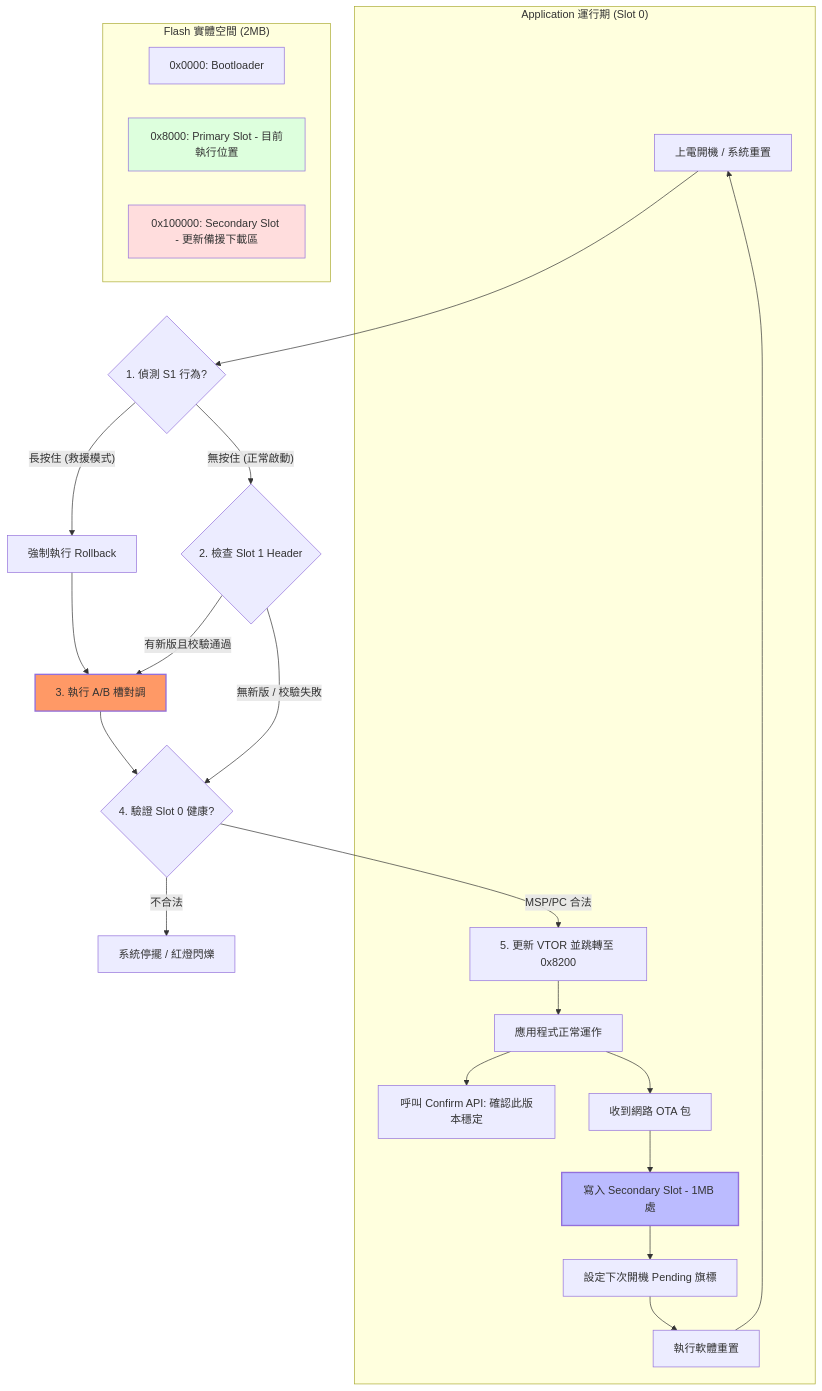
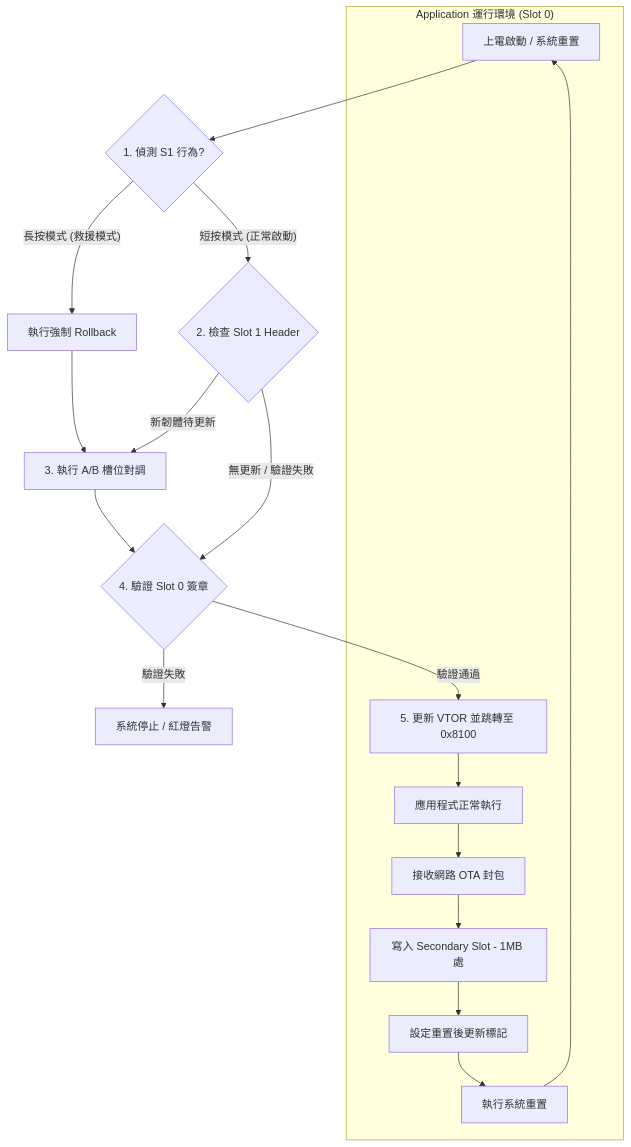
Before and after one commit to yunghsuan1/OTA: the diagram in README.md, drawn with Mermaid. The commit also changed other lines of this file and 24 other files, not shown here.

````diff
--- a/README.md
+++ b/README.md
@@ -84,42 +46,28 @@
 ```mermaid
 graph TD
-    %% 線路定義
-    Power[上電開機 / 系統重置] --> S1{1. 偵測 S1 行為?}
+    %% 啟動與判定
+    Power[上電啟動 / 系統重置] --> S1{1. 偵測 S1 行為?}
     
     %% S1 救援路徑
-    S1 -- "長按住 (救援模式)" --> Rescue[強制執行 Rollback]
+    S1 -- "長按模式 (救援模式)" --> Rescue[執行強制 Rollback]
     Rescue --> Swap_Op
     
     %% 正常路徑
-    S1 -- "無按住 (正常啟動)" --> HeaderObj{2. 檢查 Slot 1 Header}
-    HeaderObj -- "有新版且校驗通過" --> Swap_Op[3. 執行 A/B 槽對調]
-    HeaderObj -- "無新版 / 校驗失敗" --> Boot0{4. 驗證 Slot 0 健康?}
+    S1 -- "短按模式 (正常啟動)" --> HeaderObj{2. 檢查 Slot 1 Header}
+    HeaderObj -- "新韌體待更新" --> Swap_Op[3. 執行 A/B 槽位對調]
+    HeaderObj -- "無更新 / 驗證失敗" --> Boot0{4. 驗證 Slot 0 簽章}
     
     Swap_Op --> Boot0
     
-    Boot0 -- "MSP/PC 合法" --> Jump[5. 更新 VTOR 並跳轉至 0x8200]
-    Boot0 -- "不合法" --> Halt[系統停擺 / 紅燈閃爍]
+    Boot0 -- "驗證通過" --> Jump[5. 更新 VTOR 並跳轉至 0x8100]
+    Boot0 -- "驗證失敗" --> Halt[系統停止 / 紅燈告警]
 
-    subgraph "Application 運行期 (Slot 0)"
-    Jump --> Run[應用程式正常運作]
-    Run --> Confirm[呼叫 Confirm API: 確認此版本穩定]
-    
-    Run --> Incoming[收到網路 OTA 包]
+    subgraph "Application 運行環境 (Slot 0)"
+    Jump --> Run[應用程式正常執行]
+    Run --> Incoming[接收網路 OTA 封包]
     Incoming --> FlashWrite[寫入 Secondary Slot - 1MB 處]
-    FlashWrite --> SetPending[設定下次開機 Pending 旗標]
-    SetPending --> Reboot[執行軟體重置]
+    FlashWrite --> SetPending[設定重置後更新標記]
+    SetPending --> Reboot[執行系統重置]
     Reboot --> Power
     end
-
-    %% 記憶體實體對應
-    subgraph "Flash 實體空間 (2MB)"
-    Addr_0[0x0000: Bootloader]
-    Addr_P[0x8000: Primary Slot - 目前執行位置]
-    Addr_S[0x100000: Secondary Slot - 更新備援下載區]
-    end
-
-    style Swap_Op fill:#f96,stroke-width:2px
-    style FlashWrite fill:#bbf,stroke-width:2px
-    style Addr_P fill:#dfd
-    style Addr_S fill:#fdd
 ```
````
